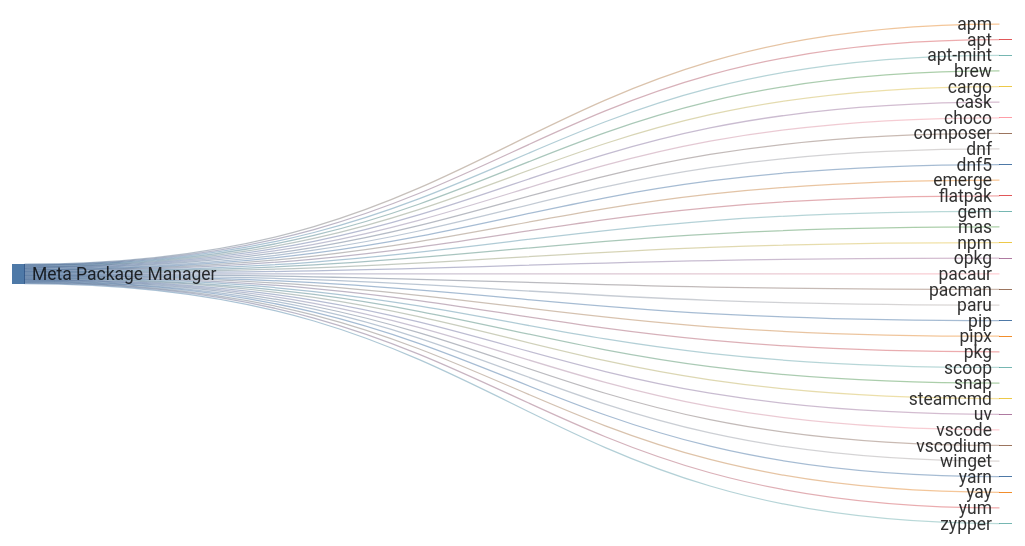
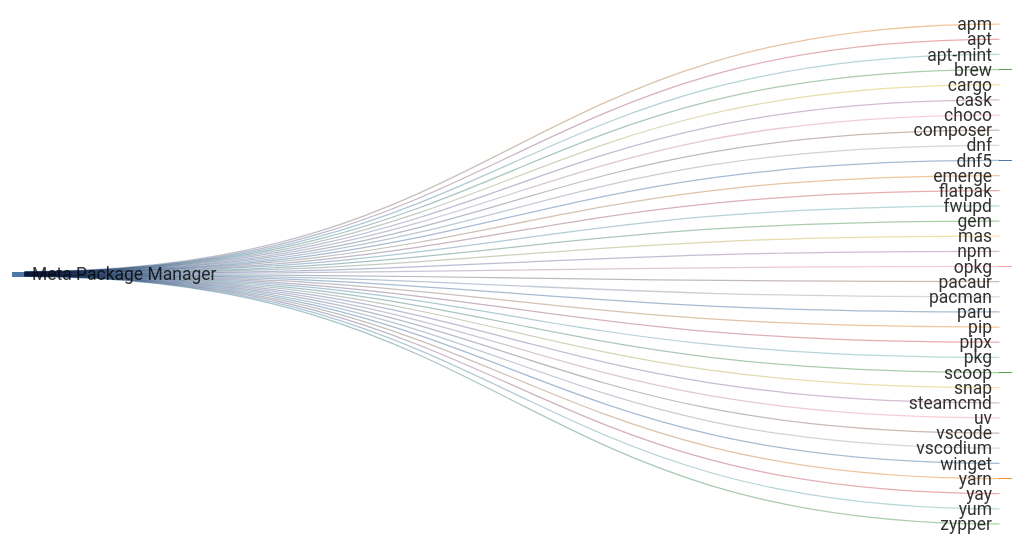
One commit to kdeldycke/meta-package-manager changed the diagram in readme.md. Above: the diagram before and after it, drawn with Mermaid. The commit also changed other lines of this file, not shown here.

Commit message:
[autofix] Update readme

````diff
--- a/readme.md
+++ b/readme.md
@@ -65,40 +65,41 @@
 ```mermaid
 ---
 config: {"sankey": {"showValues": false, "width": 800, "height": 400}}
 ---
 sankey-beta
 
 Meta Package Manager,apm,1
 Meta Package Manager,apt,1
 Meta Package Manager,apt-mint,1
 Meta Package Manager,brew,1
 Meta Package Manager,cargo,1
 Meta Package Manager,cask,1
 Meta Package Manager,choco,1
 Meta Package Manager,composer,1
 Meta Package Manager,dnf,1
 Meta Package Manager,dnf5,1
 Meta Package Manager,emerge,1
 Meta Package Manager,flatpak,1
+Meta Package Manager,fwupd,1
 Meta Package Manager,gem,1
 Meta Package Manager,mas,1
 Meta Package Manager,npm,1
 Meta Package Manager,opkg,1
 Meta Package Manager,pacaur,1
 Meta Package Manager,pacman,1
 Meta Package Manager,paru,1
 Meta Package Manager,pip,1
 Meta Package Manager,pipx,1
 Meta Package Manager,pkg,1
 Meta Package Manager,scoop,1
 Meta Package Manager,snap,1
 Meta Package Manager,steamcmd,1
 Meta Package Manager,uv,1
 Meta Package Manager,vscode,1
 Meta Package Manager,vscodium,1
 Meta Package Manager,winget,1
 Meta Package Manager,yarn,1
 Meta Package Manager,yay,1
 Meta Package Manager,yum,1
 Meta Package Manager,zypper,1
 ```
````
